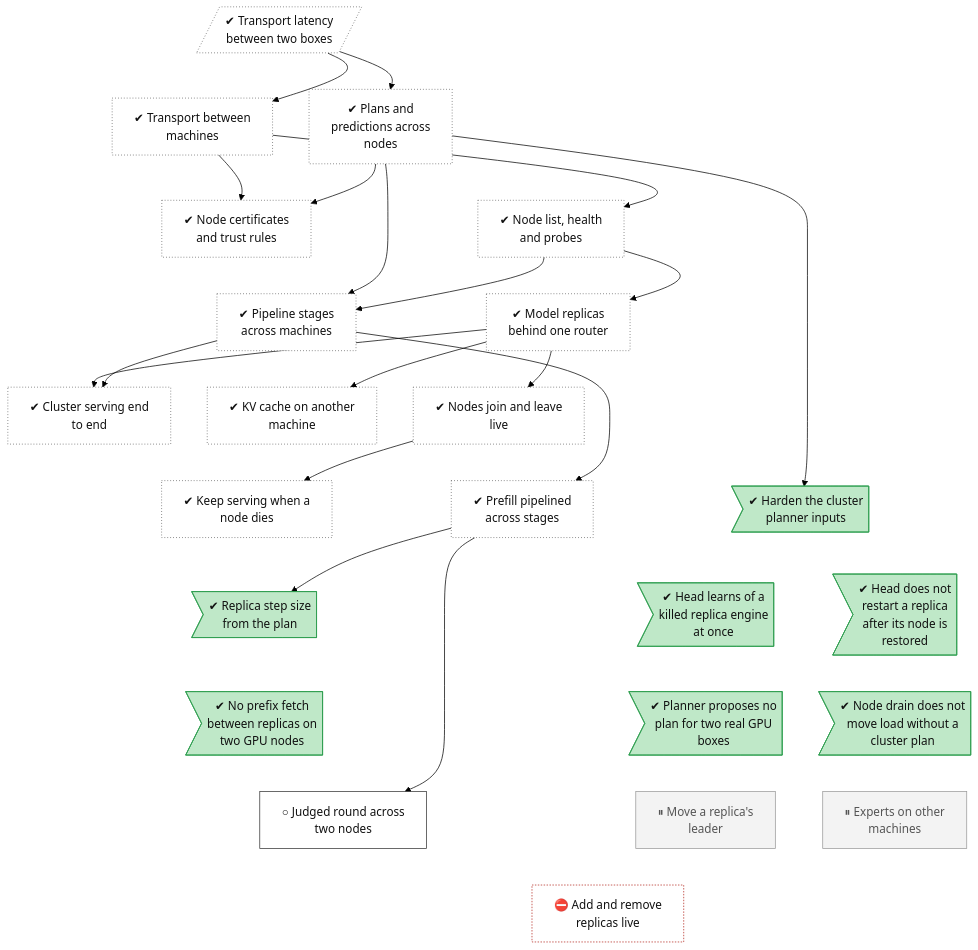
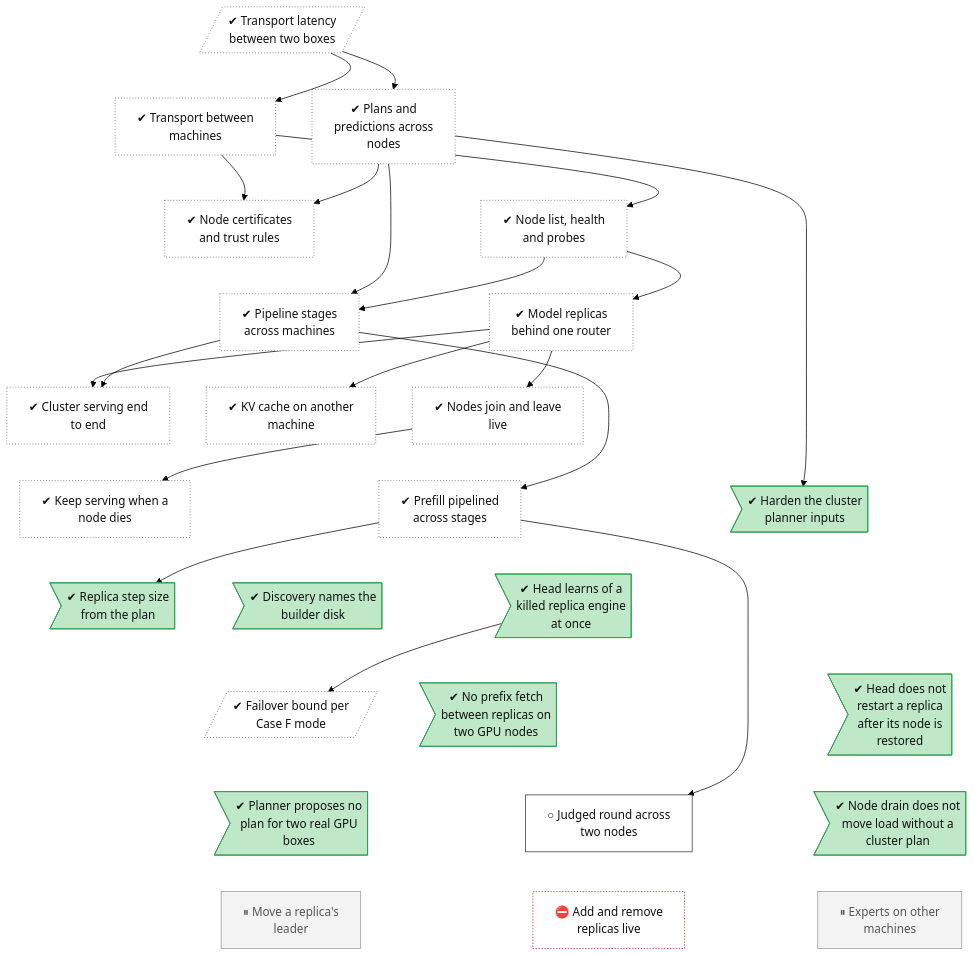
Before and after one commit to lhns/tetraeder: the diagram in docs/roadmap/tracks/cluster.md, drawn with Mermaid (forest theme). The commit also changed other lines of this file and 5 other files, not shown here.

Commit message:
Phase 6 pre-exit (ADR 0091); not measured: failover bound terms and findings, discovery test on the overlay volume, tree nodes

```diff
--- a/docs/roadmap/tracks/cluster.md
+++ b/docs/roadmap/tracks/cluster.md
@@ -24,6 +24,8 @@
     cluster_pipeline_prefill["✔ Prefill pipelined<br/>across stages"]
     cluster_step_tokens_from_plan>"✔ Replica step size<br/>from the plan"]
     cluster_mode1_detection>"✔ Head learns of a<br/>killed replica engine<br/>at once"]
+    cluster_discovery_disk_names>"✔ Discovery names the<br/>builder disk"]
+    cluster_failover_bound[/"✔ Failover bound per<br/>Case F mode"/]
     cluster_rejoin_after_restore>"✔ Head does not<br/>restart a replica<br/>after its node is<br/>restored"]
     cluster_prefix_fetch_not_triggered>"✔ No prefix fetch<br/>between replicas on<br/>two GPU nodes"]
     cluster_plan_source_gpu_segments>"✔ Planner proposes no<br/>plan for two real GPU<br/>boxes"]
@@ -46,16 +48,16 @@
     cluster_remote_kv ~~~ cluster_pipeline_prefill
     cluster_failover ~~~ cluster_step_tokens_from_plan
     cluster_planner_hardening ~~~ cluster_mode1_detection
-    cluster_pipeline_prefill ~~~ cluster_rejoin_after_restore
-    cluster_step_tokens_from_plan ~~~ cluster_prefix_fetch_not_triggered
-    cluster_mode1_detection ~~~ cluster_plan_source_gpu_segments
+    cluster_pipeline_prefill ~~~ cluster_discovery_disk_names
+    cluster_step_tokens_from_plan ~~~ cluster_failover_bound
+    cluster_mode1_detection ~~~ cluster_rejoin_after_restore
+    cluster_discovery_disk_names ~~~ cluster_prefix_fetch_not_triggered
+    cluster_failover_bound ~~~ cluster_plan_source_gpu_segments
     cluster_rejoin_after_restore ~~~ cluster_drain_without_plan
     cluster_prefix_fetch_not_triggered ~~~ cluster_judged_round_cmd
     cluster_plan_source_gpu_segments ~~~ cluster_leader_move
     cluster_drain_without_plan ~~~ cluster_experts_nodes
     cluster_judged_round_cmd ~~~ cluster_replica_scaling
-    cluster_leader_move ~~~ cluster_replica_scaling
-    cluster_experts_nodes ~~~ cluster_replica_scaling
     cluster_transport_wan --> cluster_transport
     cluster_transport_wan --> cluster_planner
     cluster_transport --> cluster_mtls
@@ -72,6 +74,7 @@
     cluster_planner --> cluster_planner_hardening
     cluster_pipeline_nodes --> cluster_pipeline_prefill
     cluster_pipeline_prefill --> cluster_step_tokens_from_plan
+    cluster_mode1_detection --> cluster_failover_bound
     cluster_pipeline_prefill --> cluster_judged_round_cmd
     classDef vsucc fill:#2e9e4f,stroke:#1b6b34,color:#fff
     classDef succ fill:#bfe8c8,stroke:#2e9e4f,color:#111
@@ -87,8 +90,8 @@
     classDef decided fill:#ece0f7,stroke:#7b3fb5,stroke-dasharray:2 2,color:#111
     classDef finding fill:#ffe0b2,stroke:#d84315,stroke-width:2px,color:#111
     classDef waiting fill:#e3f2fd,stroke:#1f6fc5,stroke-dasharray:5 5,color:#111
-    class cluster_transport_wan,cluster_transport,cluster_planner,cluster_mtls,cluster_discovery,cluster_pipeline_nodes,cluster_replicas,cluster_integration,cluster_join_leave,cluster_remote_kv,cluster_failover,cluster_pipeline_prefill unrated
-    class cluster_planner_hardening,cluster_step_tokens_from_plan,cluster_mode1_detection,cluster_rejoin_after_restore,cluster_prefix_fetch_not_triggered,cluster_plan_source_gpu_segments,cluster_drain_without_plan succ
+    class cluster_transport_wan,cluster_transport,cluster_planner,cluster_mtls,cluster_discovery,cluster_pipeline_nodes,cluster_replicas,cluster_integration,cluster_join_leave,cluster_remote_kv,cluster_failover,cluster_pipeline_prefill,cluster_failover_bound unrated
+    class cluster_planner_hardening,cluster_step_tokens_from_plan,cluster_mode1_detection,cluster_discovery_disk_names,cluster_rejoin_after_restore,cluster_prefix_fetch_not_triggered,cluster_plan_source_gpu_segments,cluster_drain_without_plan succ
     class cluster_judged_round_cmd next
     class cluster_leader_move,cluster_experts_nodes parked
     class cluster_replica_scaling blocked
```
